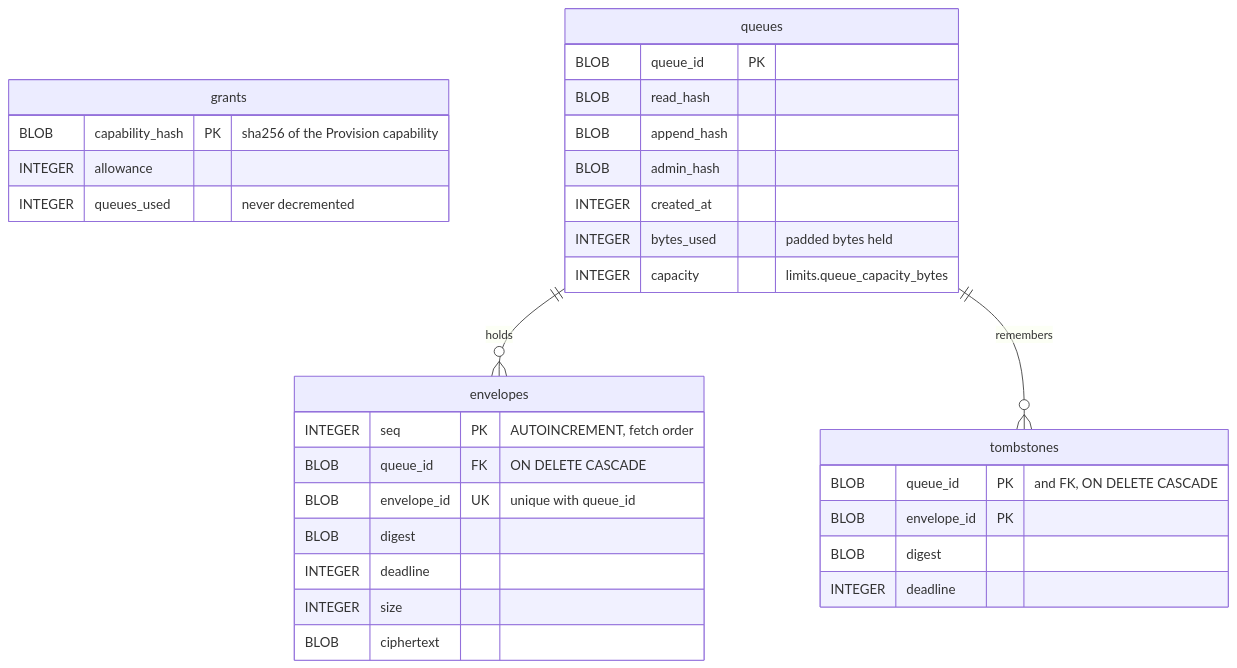
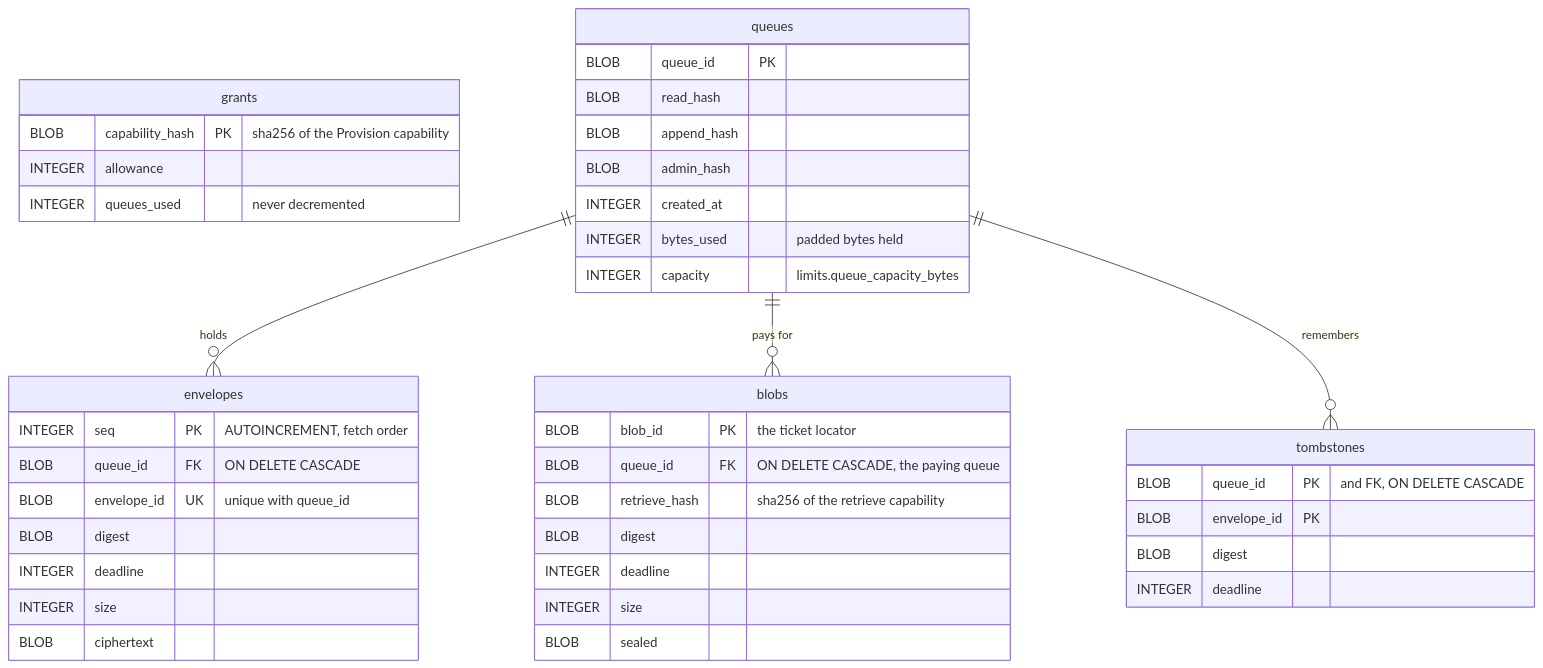
Before and after one commit to Roasbeef/pondline: the sixth of 6 diagrams in docs/architecture/mailbox.md, drawn with Mermaid. The commit also changed other lines of this file and 9 other files, not shown here.

First line of the commit message:
docs: add package and system architecture documents

````diff
--- a/docs/architecture/mailbox.md
+++ b/docs/architecture/mailbox.md
@@ -252,34 +293,44 @@
 ```mermaid
 erDiagram
     grants {
         BLOB capability_hash PK "sha256 of the Provision capability"
         INTEGER allowance
         INTEGER queues_used "never decremented"
     }
     queues {
         BLOB queue_id PK
         BLOB read_hash
         BLOB append_hash
         BLOB admin_hash
         INTEGER created_at
         INTEGER bytes_used "padded bytes held"
         INTEGER capacity "limits.queue_capacity_bytes"
     }
     envelopes {
         INTEGER seq PK "AUTOINCREMENT, fetch order"
         BLOB queue_id FK "ON DELETE CASCADE"
         BLOB envelope_id UK "unique with queue_id"
         BLOB digest
         INTEGER deadline
         INTEGER size
         BLOB ciphertext
     }
     tombstones {
         BLOB queue_id PK "and FK, ON DELETE CASCADE"
         BLOB envelope_id PK
         BLOB digest
         INTEGER deadline
     }
+    blobs {
+        BLOB blob_id PK "the ticket locator"
+        BLOB queue_id FK "ON DELETE CASCADE, the paying queue"
+        BLOB retrieve_hash "sha256 of the retrieve capability"
+        BLOB digest
+        INTEGER deadline
+        INTEGER size
+        BLOB sealed
+    }
     queues ||--o{ envelopes : holds
+    queues ||--o{ blobs : "pays for"
     queues ||--o{ tombstones : remembers
 ```
````
